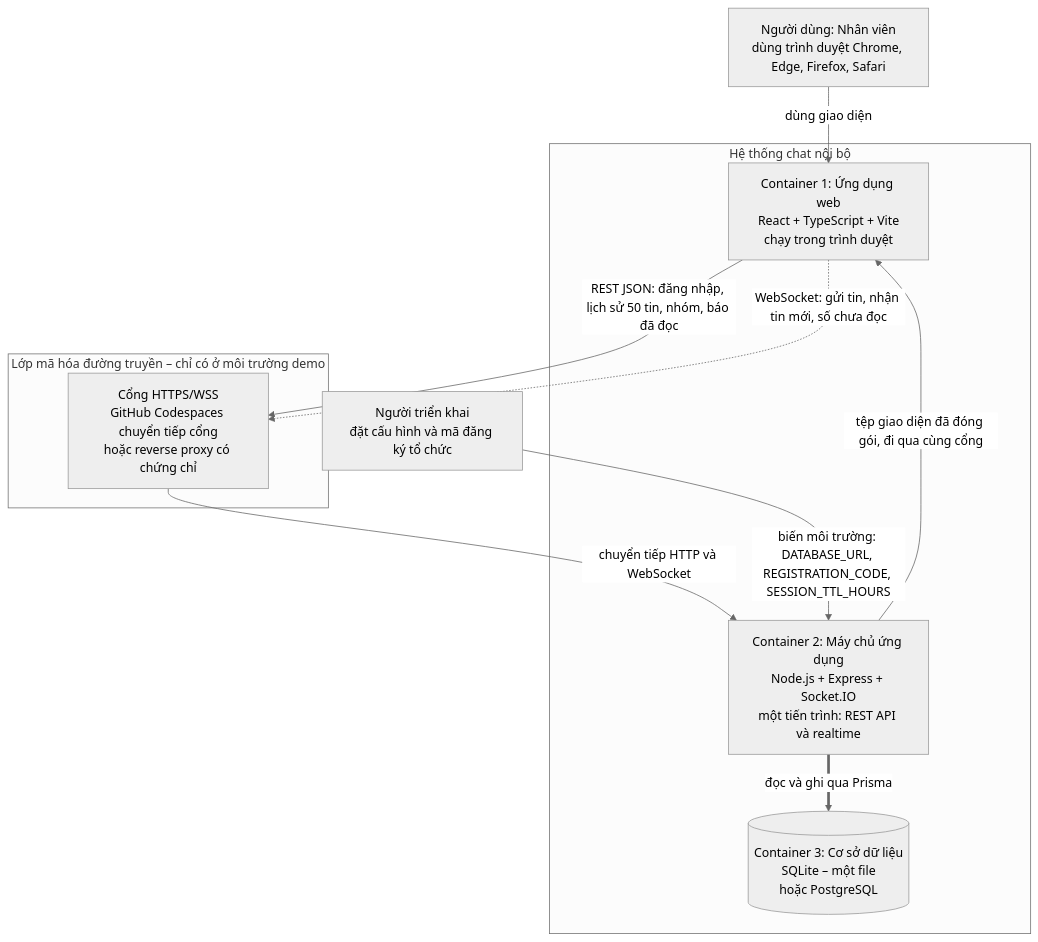
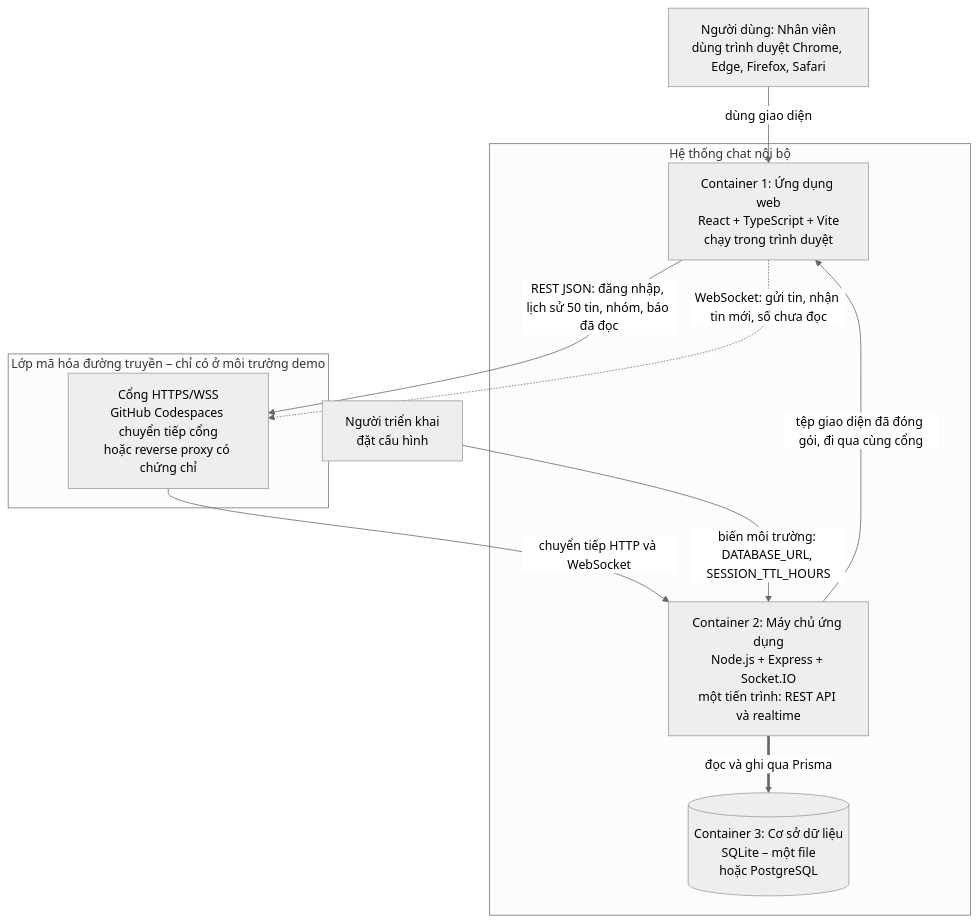
One commit to quangdungnguyen1983/chat-nhom-2 changed the first of 2 diagrams in 08-high-level-design.md. Above: the diagram before and after it, drawn with Mermaid (neutral theme). The commit also changed other lines of this file and 29 other files, not shown here.

First line of the commit message:
Bỏ hẳn "Mã đăng ký tổ chức": đăng ký tự do

````diff
--- a/08-high-level-design.md
+++ b/08-high-level-design.md
@@ -133,23 +133,23 @@
 ```mermaid
 flowchart TB
     EMP["Người dùng: Nhân viên<br/>dùng trình duyệt Chrome, Edge, Firefox, Safari"]
-    DEP["Người triển khai<br/>đặt cấu hình và mã đăng ký tổ chức"]
+    DEP["Người triển khai<br/>đặt cấu hình"]
 
     subgraph EDGE["Lớp mã hóa đường truyền – chỉ có ở môi trường demo"]
         TLS["Cổng HTTPS/WSS<br/>GitHub Codespaces chuyển tiếp cổng<br/>hoặc reverse proxy có chứng chỉ"]
     end
 
     subgraph SYS["Hệ thống chat nội bộ"]
         SPA["Container 1: Ứng dụng web<br/>React + TypeScript + Vite<br/>chạy trong trình duyệt"]
         APP["Container 2: Máy chủ ứng dụng<br/>Node.js + Express + Socket.IO<br/>một tiến trình: REST API và realtime"]
         DB[("Container 3: Cơ sở dữ liệu<br/>SQLite – một file<br/>hoặc PostgreSQL")]
     end
 
     EMP -- "dùng giao diện" --> SPA
     SPA -- "REST JSON: đăng nhập, lịch sử 50 tin, nhóm, báo đã đọc" --> TLS
     SPA -. "WebSocket: gửi tin, nhận tin mới, số chưa đọc" .-> TLS
     TLS -- "chuyển tiếp HTTP và WebSocket" --> APP
     APP -- "tệp giao diện đã đóng gói, đi qua cùng cổng" --> SPA
     APP == "đọc và ghi qua Prisma" ==> DB
-    DEP -- "biến môi trường: DATABASE_URL, REGISTRATION_CODE, SESSION_TTL_HOURS" --> APP
+    DEP -- "biến môi trường: DATABASE_URL, SESSION_TTL_HOURS" --> APP
 ```
````
